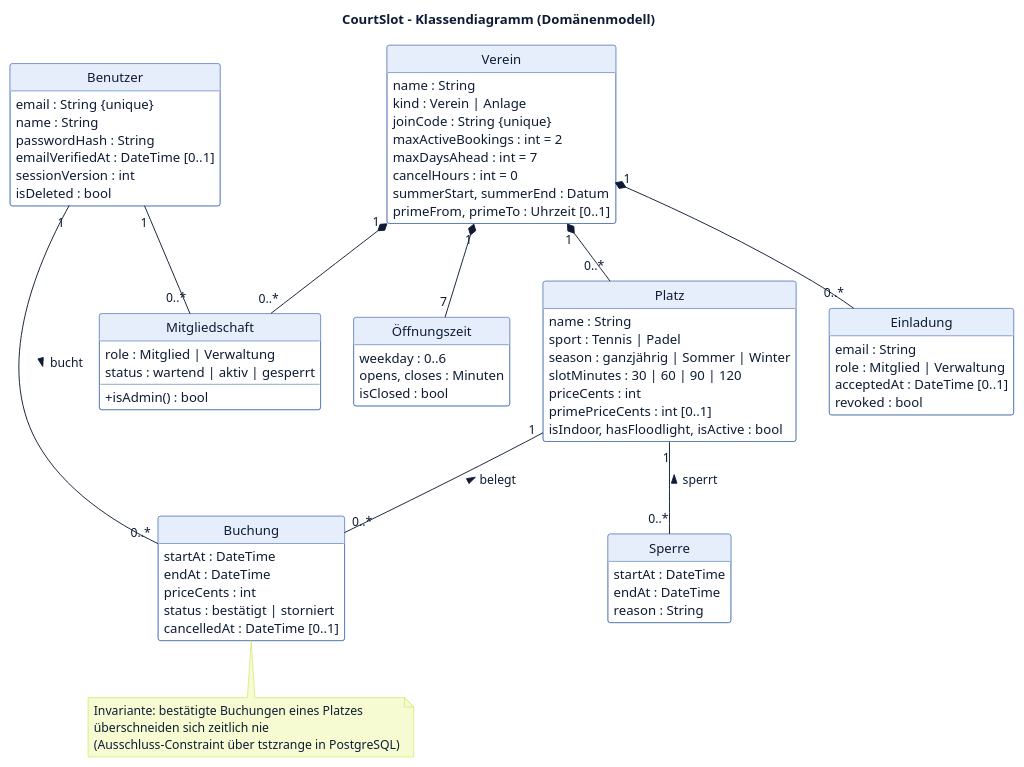
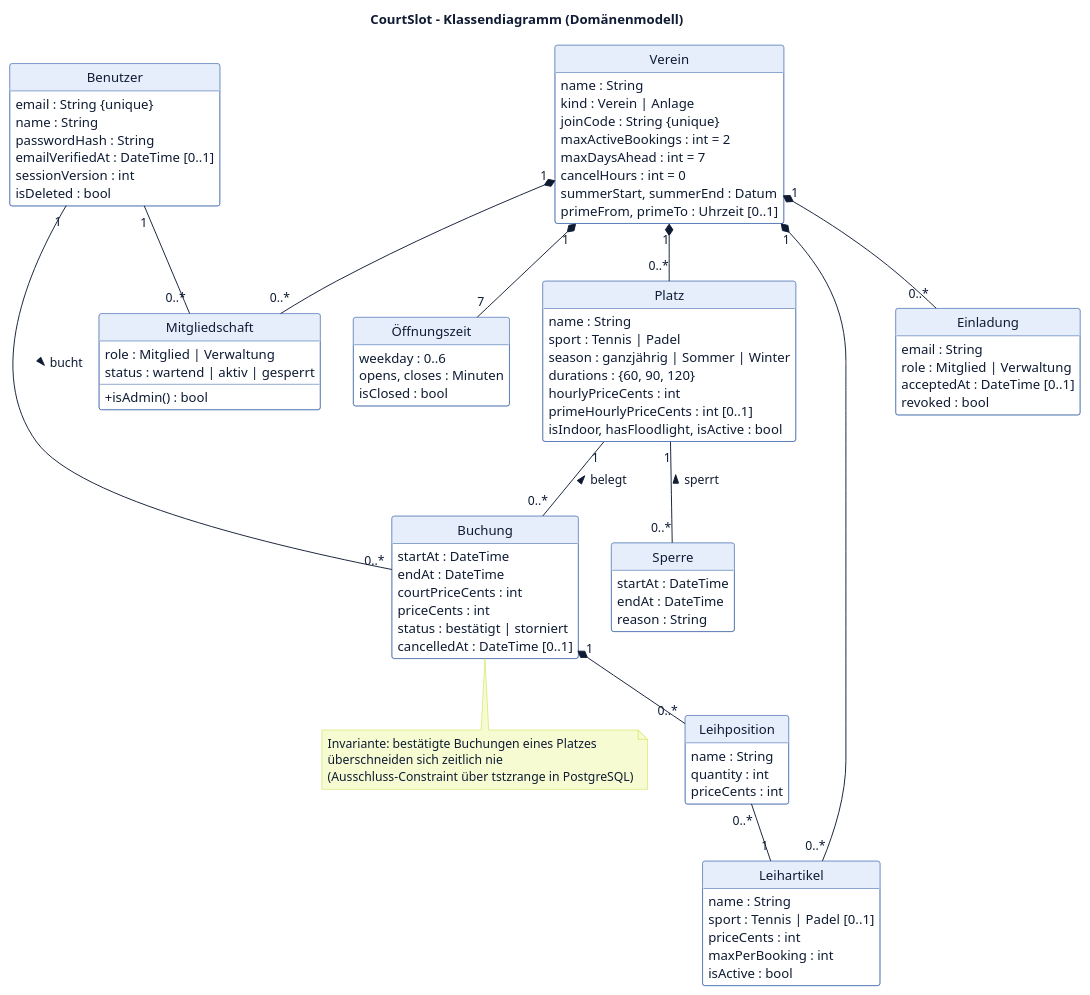
One commit to pasi140802/Anwendungsentwicklung changed the diagram in docs/uml/02_klassen.puml. Above: the diagram before and after it, drawn with PlantUML. The commit also changed 42 other files, not shown here.

```diff
--- a/docs/uml/02_klassen.puml
+++ b/docs/uml/02_klassen.puml
@@ -1,93 +1,111 @@
 @startuml klassen
 title CourtSlot – Klassendiagramm (Domänenmodell)
 skinparam shadowing false
 skinparam ArrowColor #0e1b33
 skinparam defaultFontName Arial
 skinparam defaultFontColor #0e1b33
 skinparam classBackgroundColor #FFFFFF
 skinparam classBorderColor #1f4e9c
 skinparam classHeaderBackgroundColor #e6eefb
 skinparam classAttributeIconSize 0
 skinparam noteBackgroundColor #f6fbd2
 skinparam noteBorderColor #c6d82c
 hide empty methods
 hide circle
 
 class User as "Benutzer" {
   email : String {unique}
   name : String
   passwordHash : String
   emailVerifiedAt : DateTime [0..1]
   sessionVersion : int
   isDeleted : bool
 }
 
 class Club as "Verein" {
   name : String
   kind : Verein | Anlage
   joinCode : String {unique}
   maxActiveBookings : int = 2
   maxDaysAhead : int = 7
   cancelHours : int = 0
   summerStart, summerEnd : Datum
   primeFrom, primeTo : Uhrzeit [0..1]
 }
 
 class Membership as "Mitgliedschaft" {
   role : Mitglied | Verwaltung
   status : wartend | aktiv | gesperrt
   + isAdmin() : bool
 }
 
 class Invitation as "Einladung" {
   email : String
   role : Mitglied | Verwaltung
   acceptedAt : DateTime [0..1]
   revoked : bool
 }
 
 class OpeningHours as "Öffnungszeit" {
   weekday : 0..6
   opens, closes : Minuten
   isClosed : bool
 }
 
 class Court as "Platz" {
   name : String
   sport : Tennis | Padel
   season : ganzjährig | Sommer | Winter
-  slotMinutes : 30 | 60 | 90 | 120
-  priceCents : int
-  primePriceCents : int [0..1]
+  durations : {60, 90, 120}
+  hourlyPriceCents : int
+  primeHourlyPriceCents : int [0..1]
   isIndoor, hasFloodlight, isActive : bool
 }
 
 class Booking as "Buchung" {
   startAt : DateTime
   endAt : DateTime
+  courtPriceCents : int
   priceCents : int
   status : bestätigt | storniert
   cancelledAt : DateTime [0..1]
+}
+
+class RentalItem as "Leihartikel" {
+  name : String
+  sport : Tennis | Padel [0..1]
+  priceCents : int
+  maxPerBooking : int
+  isActive : bool
+}
+
+class BookingItem as "Leihposition" {
+  name : String
+  quantity : int
+  priceCents : int
 }
 
 class Block as "Sperre" {
   startAt : DateTime
   endAt : DateTime
   reason : String
 }
 
 User "1" -- "0..*" Membership
 Club "1" *-- "0..*" Membership
 Club "1" *-- "7" OpeningHours
 Club "1" *-- "0..*" Invitation
 Club "1" *-- "0..*" Court
 User "1" -- "0..*" Booking : bucht >
 Court "1" -- "0..*" Booking : belegt <
 Court "1" -- "0..*" Block : sperrt <
+Club "1" *-- "0..*" RentalItem
+Booking "1" *-- "0..*" BookingItem
+BookingItem "0..*" -- "1" RentalItem
 
 note bottom of Booking
   Invariante: bestätigte Buchungen eines Platzes
   überschneiden sich zeitlich nie
   (Ausschluss-Constraint über tstzrange in PostgreSQL)
 end note
 @enduml
```
